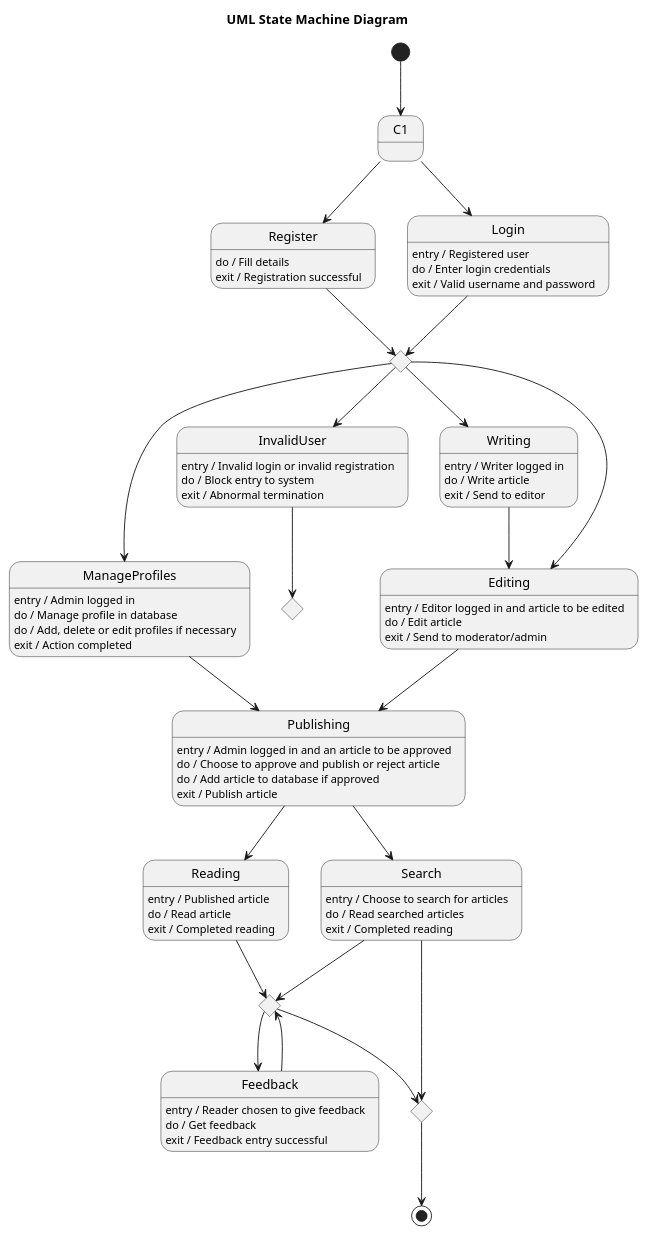
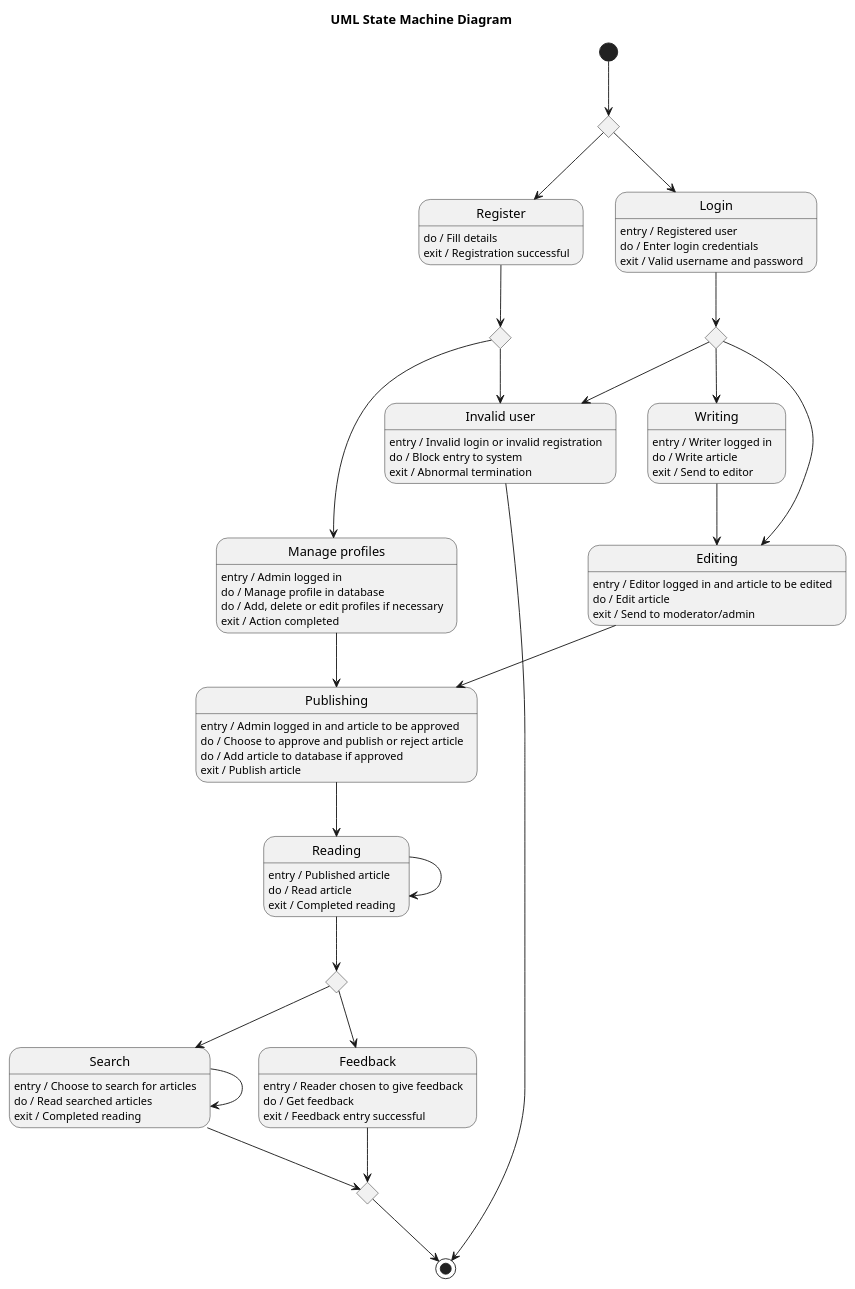
One commit to maimunafaria/State_transition_Diagram_generated_by_LLM changed the diagram in dataset/case_18_for_online_college_magazine_system/diagram.puml. Above: the diagram before and after it, drawn with PlantUML. The commit also changed 17 other files, not shown here.

```diff
--- a/dataset/case_18_for_online_college_magazine_system/diagram.puml
+++ b/dataset/case_18_for_online_college_magazine_system/diagram.puml
@@ -1,111 +1,96 @@
 @startuml
 title UML State Machine Diagram
 
-' -----------------------------
-' Initial flow
-' -----------------------------
-[*] --> C1
+state StartChoice <<choice>>
+state AdminChoice <<choice>>
+state EditorChoice <<choice>>
+state ReadFeedbackChoice <<choice>>
+state EndJoin <<choice>>
 
-state C1 <<choice>>
-C1 --> Register
-C1 --> Login
+[*] --> StartChoice
 
 state Register
 Register : do / Fill details
 Register : exit / Registration successful
 
 state Login
 Login : entry / Registered user
 Login : do / Enter login credentials
 Login : exit / Valid username and password
 
-' -----------------------------
-' After register/login
-' -----------------------------
-state C2 <<choice>>
-
-Register --> C2
-Login --> C2
-
-C2 --> ManageProfiles
-C2 --> InvalidUser
-C2 --> Writing
-C2 --> Editing
-
-' -----------------------------
-' Upper branch
-' -----------------------------
-state ManageProfiles
+state "Manage profiles" as ManageProfiles
 ManageProfiles : entry / Admin logged in
 ManageProfiles : do / Manage profile in database
 ManageProfiles : do / Add, delete or edit profiles if necessary
 ManageProfiles : exit / Action completed
 
-state InvalidUser
+state "Invalid user" as InvalidUser
 InvalidUser : entry / Invalid login or invalid registration
 InvalidUser : do / Block entry to system
 InvalidUser : exit / Abnormal termination
 
-state Abort <<choice>>
-
-ManageProfiles --> Publishing
-InvalidUser --> Abort
-
-' -----------------------------
-' Writing/editing/publishing
-' -----------------------------
 state Writing
 Writing : entry / Writer logged in
 Writing : do / Write article
 Writing : exit / Send to editor
 
 state Editing
 Editing : entry / Editor logged in and article to be edited
 Editing : do / Edit article
 Editing : exit / Send to moderator/admin
 
 state Publishing
-Publishing : entry / Admin logged in and an article to be approved
+Publishing : entry / Admin logged in and article to be approved
 Publishing : do / Choose to approve and publish or reject article
 Publishing : do / Add article to database if approved
 Publishing : exit / Publish article
-
-Writing --> Editing
-Editing --> Publishing
-
-' -----------------------------
-' Reading/search/feedback
-' -----------------------------
-state Reading
-Reading : entry / Published article
-Reading : do / Read article
-Reading : exit / Completed reading
 
 state Search
 Search : entry / Choose to search for articles
 Search : do / Read searched articles
 Search : exit / Completed reading
 
+state Reading
+Reading : entry / Published article
+Reading : do / Read article
+Reading : exit / Completed reading
+
 state Feedback
 Feedback : entry / Reader chosen to give feedback
 Feedback : do / Get feedback
 Feedback : exit / Feedback entry successful
 
+StartChoice --> Register
+StartChoice --> Login
+
+Register --> AdminChoice
+Login --> EditorChoice
+
+AdminChoice --> ManageProfiles
+AdminChoice --> InvalidUser
+
+EditorChoice --> Writing
+EditorChoice --> Editing
+EditorChoice --> InvalidUser
+
+Writing --> Editing
+Editing --> Publishing
+ManageProfiles --> Publishing
+
+InvalidUser --> [*]
+
 Publishing --> Reading
-Publishing --> Search
+Reading --> Reading
 
-state C3 <<choice>>
-Reading --> C3
-Search --> C3
-C3 --> Feedback
-Feedback --> C3
+Search --> Search
+Reading --> ReadFeedbackChoice
 
-' -----------------------------
-' Final flow
-' -----------------------------
-state J1 <<choice>>
-C3 --> J1
-Search --> J1
-J1 --> [*]
+ReadFeedbackChoice --> Search
+ReadFeedbackChoice --> Feedback
+
+Feedback --> EndJoin
+Search --> EndJoin
+
+EndJoin --> [*]
 
 @enduml
```
